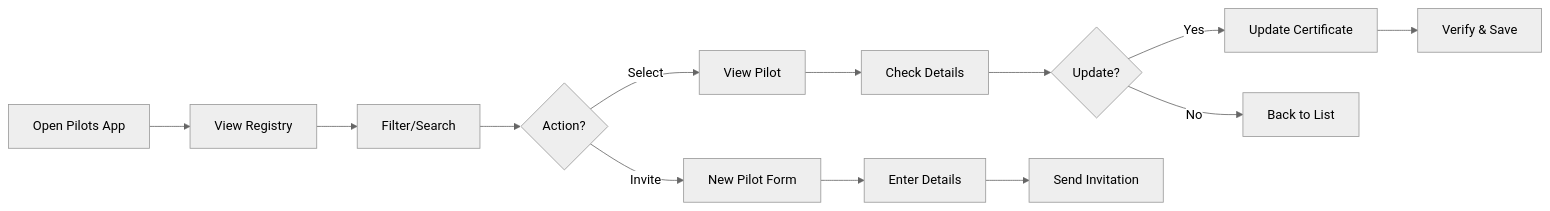
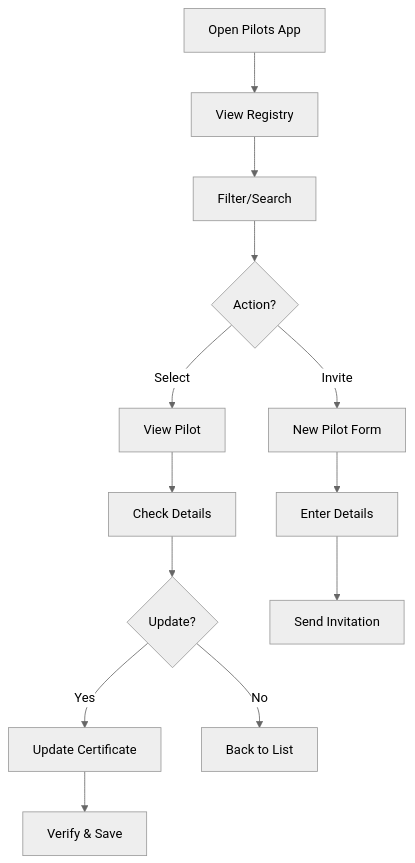
The eighth of 10 diagrams in docs/SEN3781_Assignment4_Information_Architecture_Report.md (RoundRobinHood/cogniflight-cloud), drawn with Mermaid (neutral theme) before and after one commit. The commit also changed other lines of this file, not shown here.

Commit message:
improved diagram readability

````diff
--- a/docs/SEN3781_Assignment4_Information_Architecture_Report.md
+++ b/docs/SEN3781_Assignment4_Information_Architecture_Report.md
@@ -346,8 +372,11 @@
 ```mermaid
-flowchart LR
-    A[Open Pilots App] --> B[View Registry] --> C[Filter/Search] --> D{Action?}
-    D -->|Select| E[View Pilot] --> G[Check Details] --> H{Update?}
+flowchart TD
+    A[Open Pilots App] --> B[View Registry]
+    B --> C[Filter/Search] --> D{Action?}
+    D -->|Select| E[View Pilot]
+    D -->|Invite| F[New Pilot Form]
+    E --> G[Check Details] --> H{Update?}
     H -->|Yes| I[Update Certificate] --> K[Verify & Save]
     H -->|No| J[Back to List]
-    D -->|Invite| F[New Pilot Form] --> L[Enter Details] --> M[Send Invitation]
+    F --> L[Enter Details] --> M[Send Invitation]
 ```
````
